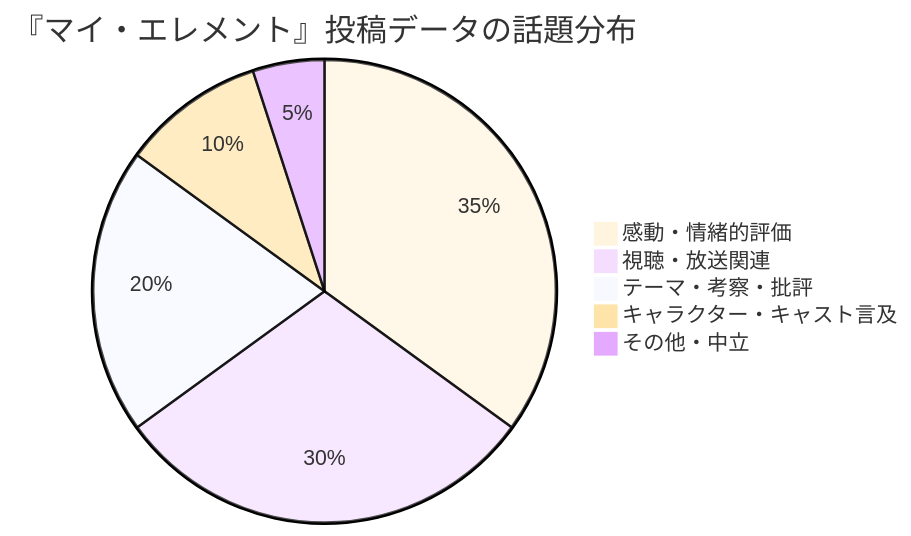
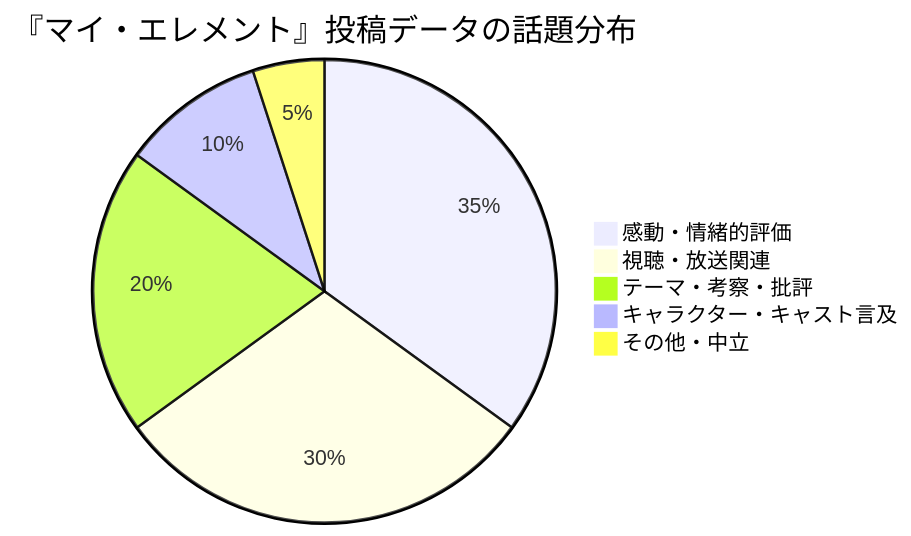
The second of 2 diagrams in content/20260313181907Q.md (highants/quartz), drawn with Mermaid before and after one commit. The commit also changed other lines of this file, not shown here.

````diff
--- a/content/20260313181907Q.md
+++ b/content/20260313181907Q.md
@@ -147,12 +147,12 @@
 ```mermaid
 ---
 config:
-  theme: base
+  theme: mc
 ---
 pie title 『マイ・エレメント』投稿データの話題分布
     "感動・情緒的評価" : 35
     "視聴・放送関連" : 30
     "テーマ・考察・批評" : 20
     "キャラクター・キャスト言及" : 10
     "その他・中立" : 5
 ```
````
